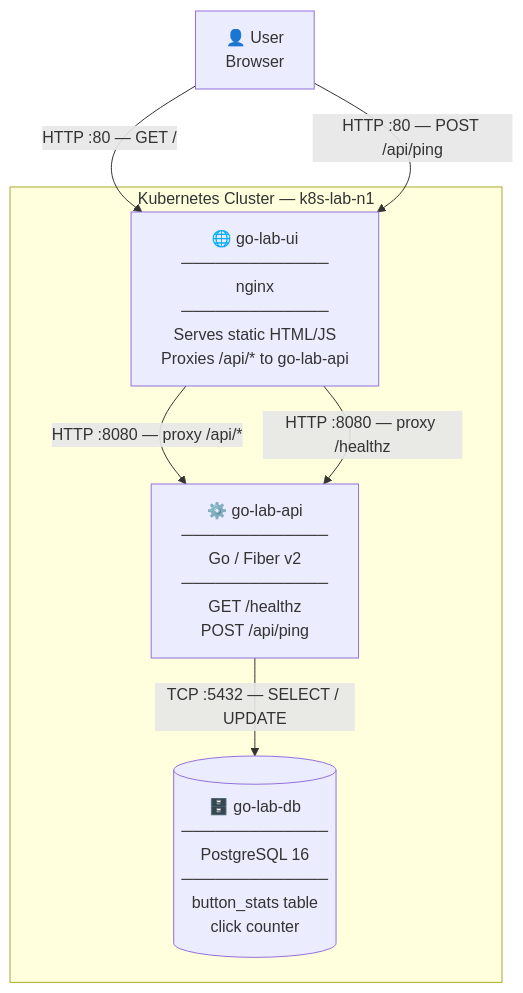
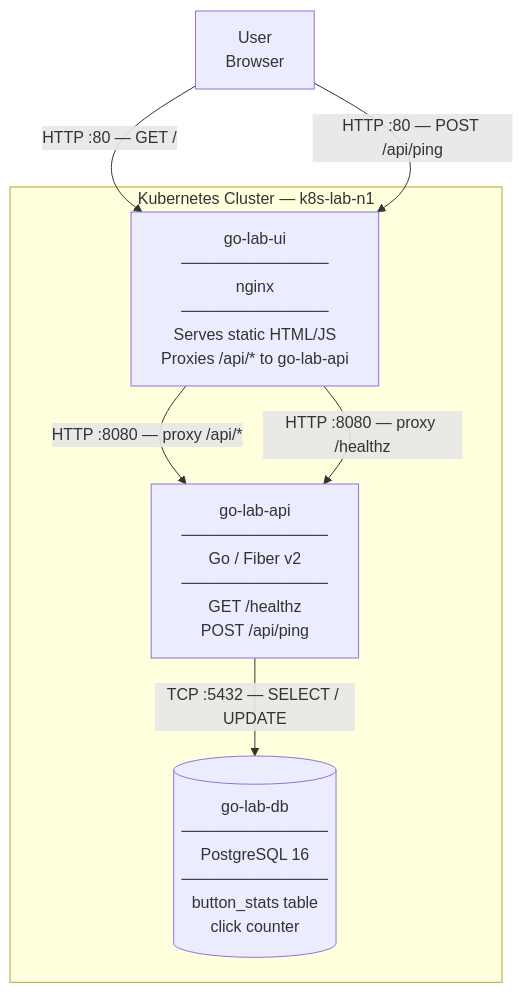
Before and after one commit to DPlaksa/lab_web_platform: the diagram in docs/architecture/diagrams/c4-containers.md, drawn with Mermaid. The commit also changed 1 other file, not shown here.

Commit message:
docs: small improvements

````diff
--- a/docs/architecture/diagrams/c4-containers.md
+++ b/docs/architecture/diagrams/c4-containers.md
@@ -5,16 +5,16 @@
 ```mermaid
 flowchart TD
-    user["👤 User\nBrowser"]
+    user["User\nBrowser"]
 
     subgraph k8s["Kubernetes Cluster — k8s-lab-n1"]
-        ui["🌐 go-lab-ui\n─────────────\nnginx\n─────────────\nServes static HTML/JS\nProxies /api/* to go-lab-api"]
-        api["⚙️ go-lab-api\n─────────────\nGo / Fiber v2\n─────────────\nGET /healthz\nPOST /api/ping"]
-        db[("🗄️ go-lab-db\n─────────────\nPostgreSQL 16\n─────────────\nbutton_stats table\nclick counter")]
+        ui["go-lab-ui\n─────────────\nnginx\n─────────────\nServes static HTML/JS\nProxies /api/* to go-lab-api"]
+        api["go-lab-api\n─────────────\nGo / Fiber v2\n─────────────\nGET /healthz\nPOST /api/ping"]
+        db[("go-lab-db\n─────────────\nPostgreSQL 16\n─────────────\nbutton_stats table\nclick counter")]
     end
 
     user -->|"HTTP :80 — GET /"| ui
     user -->|"HTTP :80 — POST /api/ping"| ui
     ui -->|"HTTP :8080 — proxy /api/*"| api
     ui -->|"HTTP :8080 — proxy /healthz"| api
     api -->|"TCP :5432 — SELECT / UPDATE"| db
 ```
````
